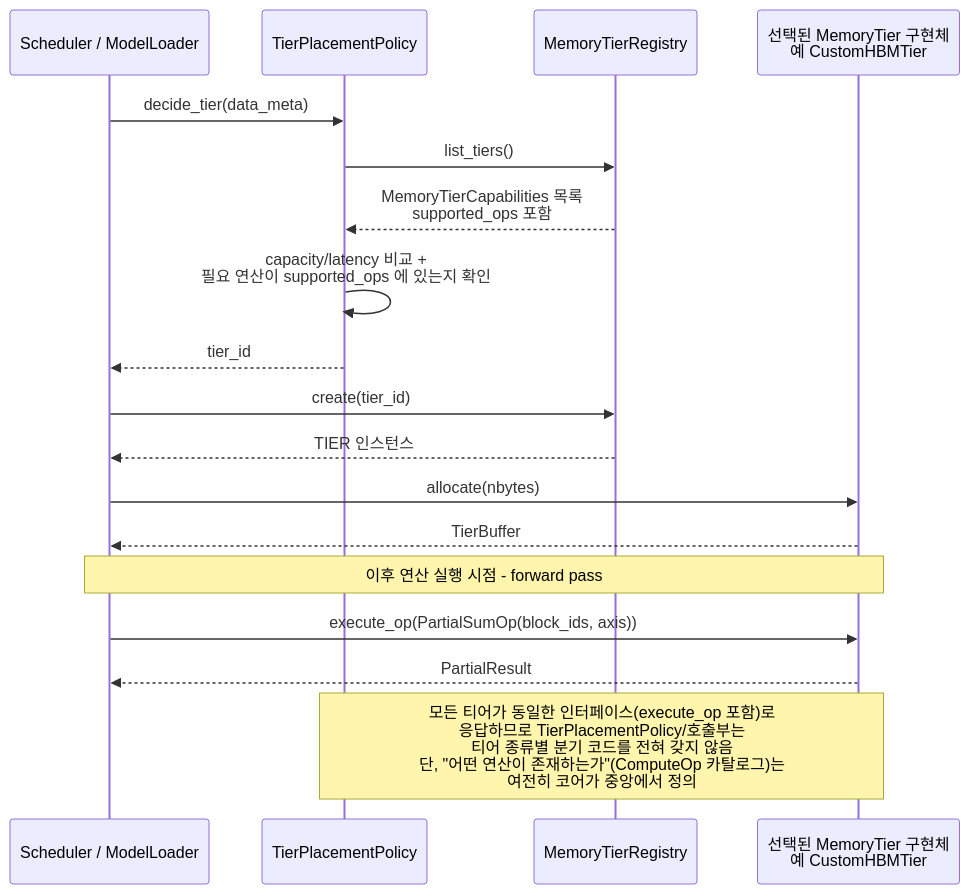
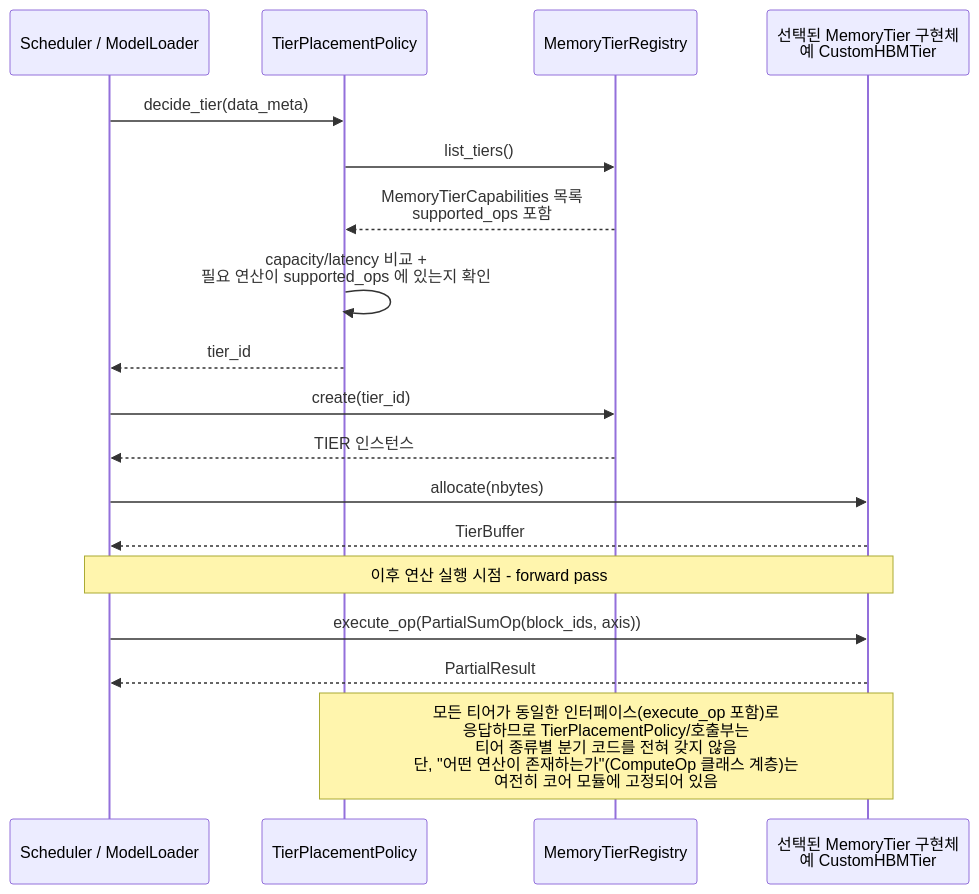
One commit to mkim0628/vllm changed the third of 8 diagrams in doc-mk/vllm-memory-abstraction-level-candidates.md. Above: the diagram before and after it, drawn with Mermaid. The commit also changed other lines of this file, not shown here.

````diff
--- a/doc-mk/vllm-memory-abstraction-level-candidates.md
+++ b/doc-mk/vllm-memory-abstraction-level-candidates.md
@@ -215,23 +225,23 @@
 ```mermaid
 sequenceDiagram
     participant CALLER as Scheduler / ModelLoader
     participant TPP as TierPlacementPolicy
     participant REG as MemoryTierRegistry
     participant TIER as 선택된 MemoryTier 구현체<br/>예 CustomHBMTier
 
     CALLER->>TPP: decide_tier(data_meta)
     TPP->>REG: list_tiers()
     REG-->>TPP: MemoryTierCapabilities 목록<br/>supported_ops 포함
     TPP->>TPP: capacity/latency 비교 +<br/>필요 연산이 supported_ops 에 있는지 확인
     TPP-->>CALLER: tier_id
     CALLER->>REG: create(tier_id)
     REG-->>CALLER: TIER 인스턴스
     CALLER->>TIER: allocate(nbytes)
     TIER-->>CALLER: TierBuffer
 
     Note over CALLER,TIER: 이후 연산 실행 시점 - forward pass
     CALLER->>TIER: execute_op(PartialSumOp(block_ids, axis))
     TIER-->>CALLER: PartialResult
 
-    Note over TPP,TIER: 모든 티어가 동일한 인터페이스(execute_op 포함)로<br/>응답하므로 TierPlacementPolicy/호출부는<br/>티어 종류별 분기 코드를 전혀 갖지 않음<br/>단, "어떤 연산이 존재하는가"(ComputeOp 카탈로그)는<br/>여전히 코어가 중앙에서 정의
+    Note over TPP,TIER: 모든 티어가 동일한 인터페이스(execute_op 포함)로<br/>응답하므로 TierPlacementPolicy/호출부는<br/>티어 종류별 분기 코드를 전혀 갖지 않음<br/>단, "어떤 연산이 존재하는가"(ComputeOp 클래스 계층)는<br/>여전히 코어 모듈에 고정되어 있음
 ```
````
